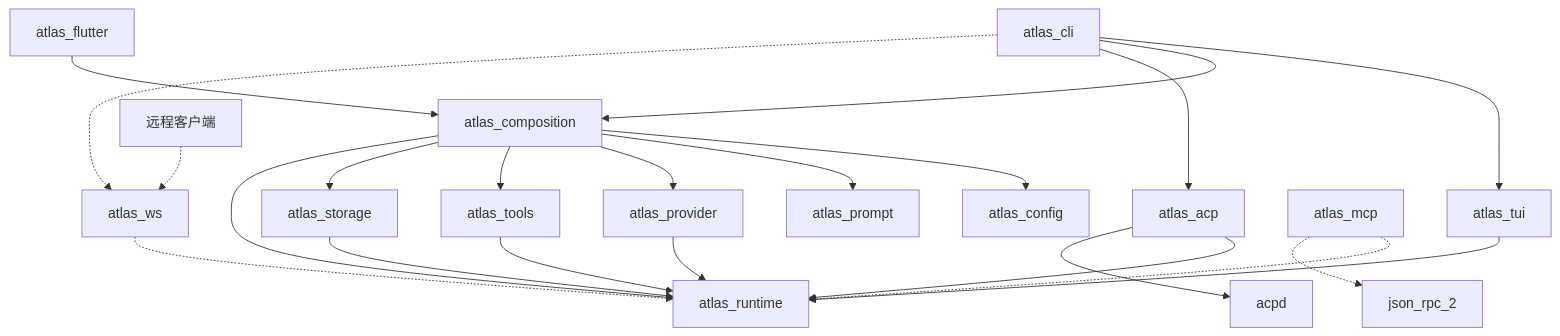
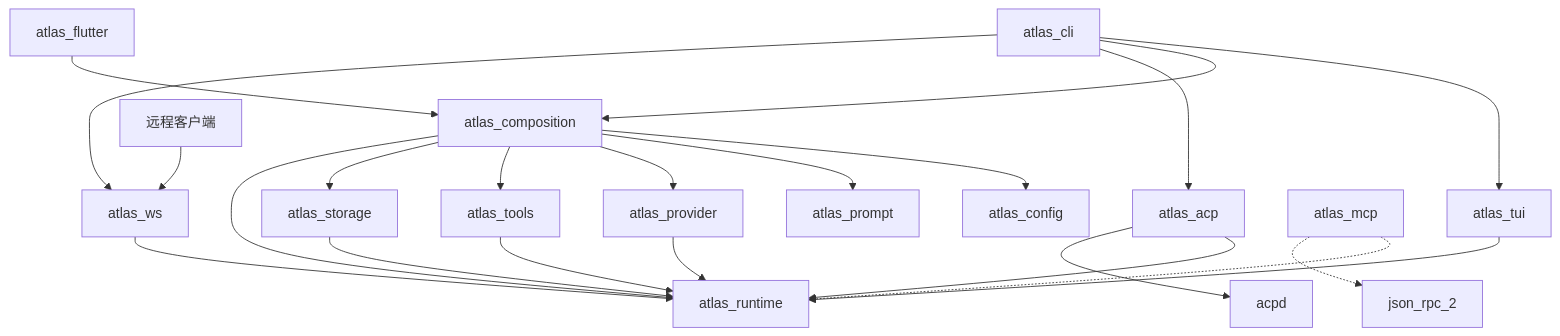
Before and after one commit to gvenusleo/Atlas: the diagram in docs/zh-CN/architecture.md, drawn with Mermaid. The commit also changed other lines of this file and 7 other files, not shown here.

````diff
--- a/docs/zh-CN/architecture.md
+++ b/docs/zh-CN/architecture.md
@@ -16,24 +17,24 @@
 ```mermaid
 graph TD
     CLI[atlas_cli] --> TUI[atlas_tui]
     CLI --> COMP[atlas_composition]
     CLI --> ACP[atlas_acp]
-    CLI -.-> WS[atlas_ws]
+    CLI --> WS[atlas_ws]
     FL[atlas_flutter] --> COMP
     COMP --> CONFIG[atlas_config]
     COMP --> PROMPT[atlas_prompt]
     COMP --> PROVIDER[atlas_provider]
     COMP --> TOOLS[atlas_tools]
     COMP --> STORAGE[atlas_storage]
     COMP --> RT[atlas_runtime]
     TUI --> RT
     ACP --> RT
-    REMOTE[远程客户端] -.-> WS
-    WS -.-> RT
+    REMOTE[远程客户端] --> WS
+    WS --> RT
     MCP[atlas_mcp] -.-> RT
     PROVIDER --> RT
     TOOLS --> RT
     STORAGE --> RT
     ACP --> ACPD[acpd]
     MCP -.-> JRPC[json_rpc_2]
 ```
````
